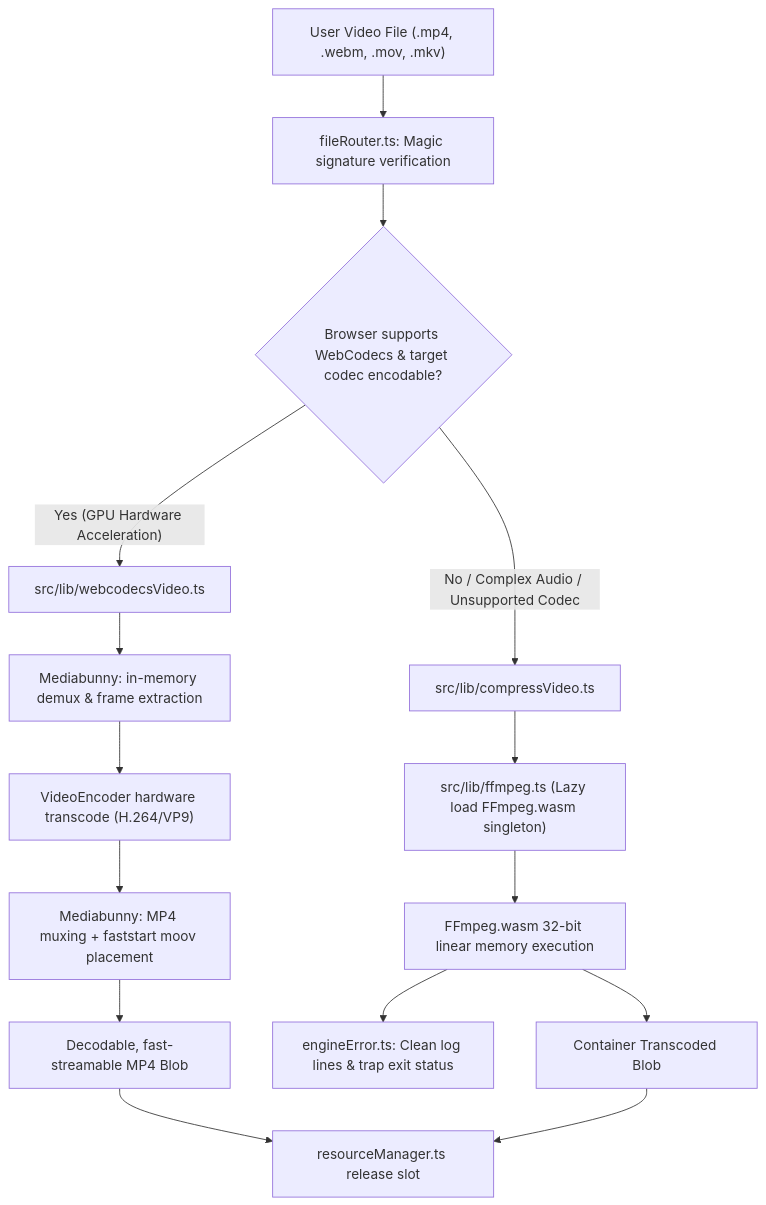
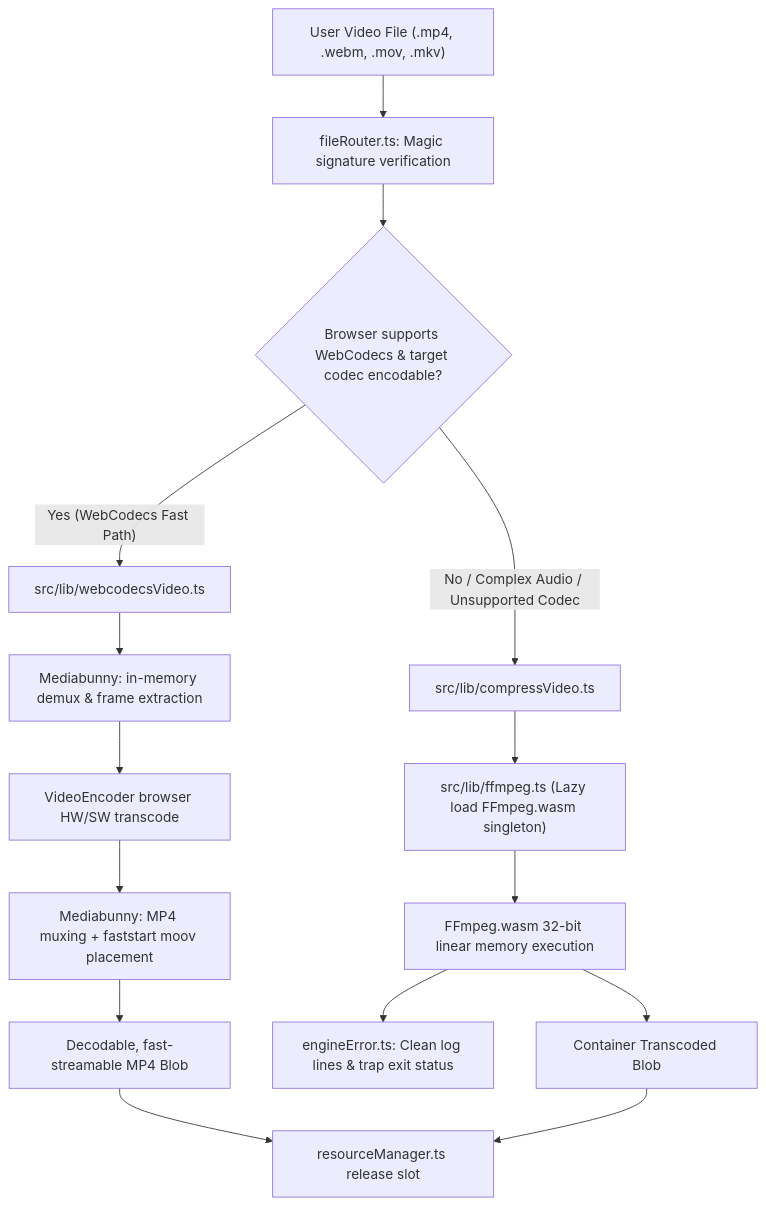
Before and after one commit to ADJ189/CompressZ: the third of 5 diagrams in AGENT_ROADMAP.md, drawn with Mermaid. The commit also changed other lines of this file and 9 other files, not shown here.

````diff
--- a/AGENT_ROADMAP.md
+++ b/AGENT_ROADMAP.md
@@ -137,19 +137,19 @@
 ```mermaid
 flowchart TD
     InFile["User Video File (.mp4, .webm, .mov, .mkv)"] --> Router["fileRouter.ts: Magic signature verification"]
     Router --> CheckCodecs{"Browser supports WebCodecs & target codec encodable?"}
     
-    CheckCodecs -- "Yes (GPU Hardware Acceleration)" --> FastPath["src/lib/webcodecsVideo.ts"]
+    CheckCodecs -- "Yes (WebCodecs Fast Path)" --> FastPath["src/lib/webcodecsVideo.ts"]
     FastPath --> BunnyDemux["Mediabunny: in-memory demux & frame extraction"]
-    BunnyDemux --> VideoEncoder["VideoEncoder hardware transcode (H.264/VP9)"]
+    BunnyDemux --> VideoEncoder["VideoEncoder browser HW/SW transcode"]
     VideoEncoder --> BunnyMux["Mediabunny: MP4 muxing + faststart moov placement"]
     BunnyMux --> OutputFast["Decodable, fast-streamable MP4 Blob"]
 
     CheckCodecs -- "No / Complex Audio / Unsupported Codec" --> SoftPath["src/lib/compressVideo.ts"]
     SoftPath --> FFmpegLoad["src/lib/ffmpeg.ts (Lazy load FFmpeg.wasm singleton)"]
     FFmpegLoad --> FFmpegExec["FFmpeg.wasm 32-bit linear memory execution"]
     FFmpegExec --> LogParse["engineError.ts: Clean log lines & trap exit status"]
     FFmpegExec --> OutputSoft["Container Transcoded Blob"]
 
     OutputFast & OutputSoft --> GuardRelease["resourceManager.ts release slot"]
 ```
````
